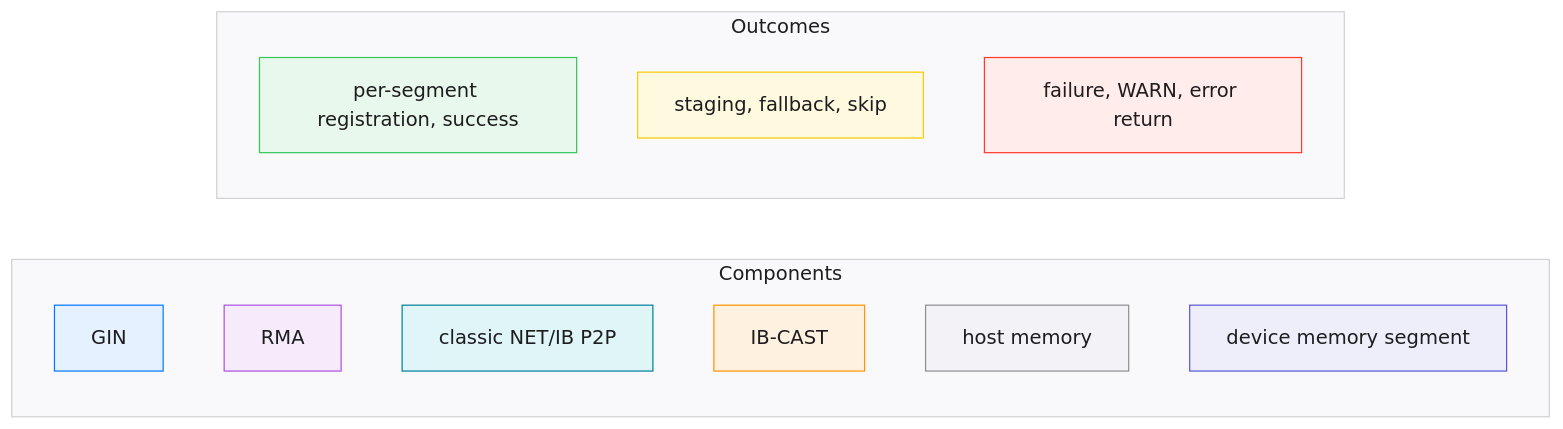
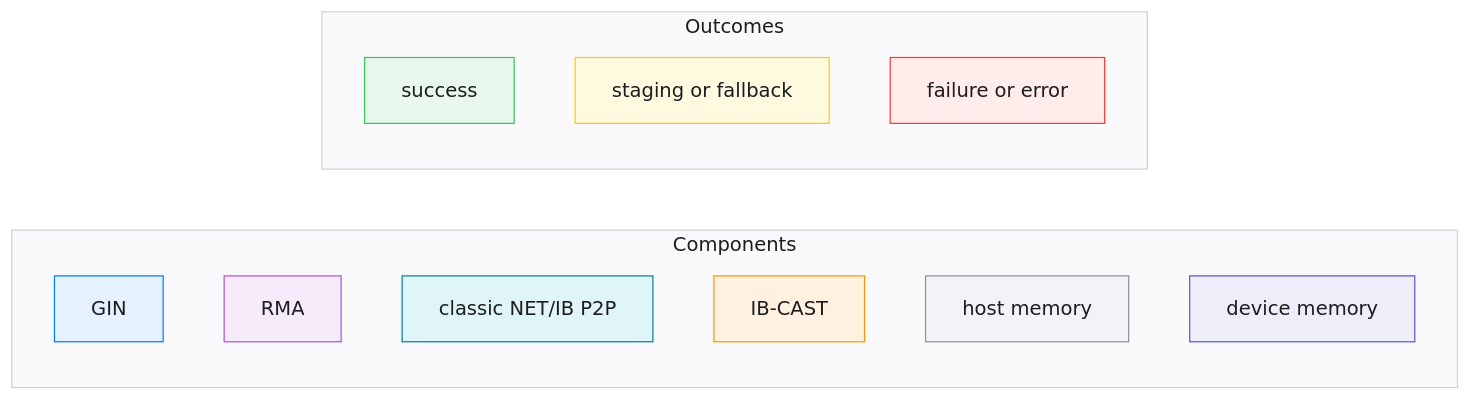
Before and after one commit to ROCm/rocm-systems: the fourth of 4 diagrams in projects/rccl/docs/design/multi_segment_overview.md, drawn with Mermaid (base theme). The commit also changed other lines of this file and 18 other files, not shown here.

First line of the commit message:
docs: add new design diagrams and an AMD-style book build

````diff
--- a/projects/rccl/docs/design/multi_segment_overview.md
+++ b/projects/rccl/docs/design/multi_segment_overview.md
@@ -132,38 +159,39 @@
 ```mermaid
+%% caption: Color legend for every diagram in this book
 flowchart LR
  subgraph comp["Components"]
  direction TB
  lgin["GIN"]
  lrma["RMA"]
  lnet["classic NET/IB P2P"]
  lcast["IB-CAST"]
  lhost["host memory"]
- ldev["device memory segment"]
+ ldev["device memory"]
  end
  subgraph outc["Outcomes"]
  direction TB
- lok["per-segment registration, success"]
- lstage["staging, fallback, skip"]
- lfail["failure, WARN, error return"]
+ lok["success"]
+ lstage["staging or fallback"]
+ lfail["failure or error"]
  end
  classDef gin fill:#e5f1ff,stroke:#007aff,color:#1d1d1f
  classDef rma fill:#f5ebfb,stroke:#af52de,color:#1d1d1f
  classDef netib fill:#e0f5f8,stroke:#008299,color:#1d1d1f
  classDef ibcast fill:#fff1e0,stroke:#ff9500,color:#1d1d1f
  classDef hostmem fill:#f2f2f7,stroke:#8e8e93,color:#1d1d1f
  classDef devmem fill:#eeeefb,stroke:#5856d6,color:#1d1d1f
  classDef okpath fill:#e8f8ec,stroke:#34c759,color:#1d1d1f
  classDef stagepath fill:#fff9e0,stroke:#ffcc00,color:#1d1d1f
  classDef failpath fill:#ffeceb,stroke:#ff3b30,color:#1d1d1f
  classDef neutral fill:#f9f9fb,stroke:#d1d1d6,color:#1d1d1f
  class lgin gin
  class lrma rma
  class lnet netib
  class lcast ibcast
  class lhost hostmem
  class ldev devmem
  class lok okpath
  class lstage stagepath
  class lfail failpath
  class comp,outc neutral
 ```
````
